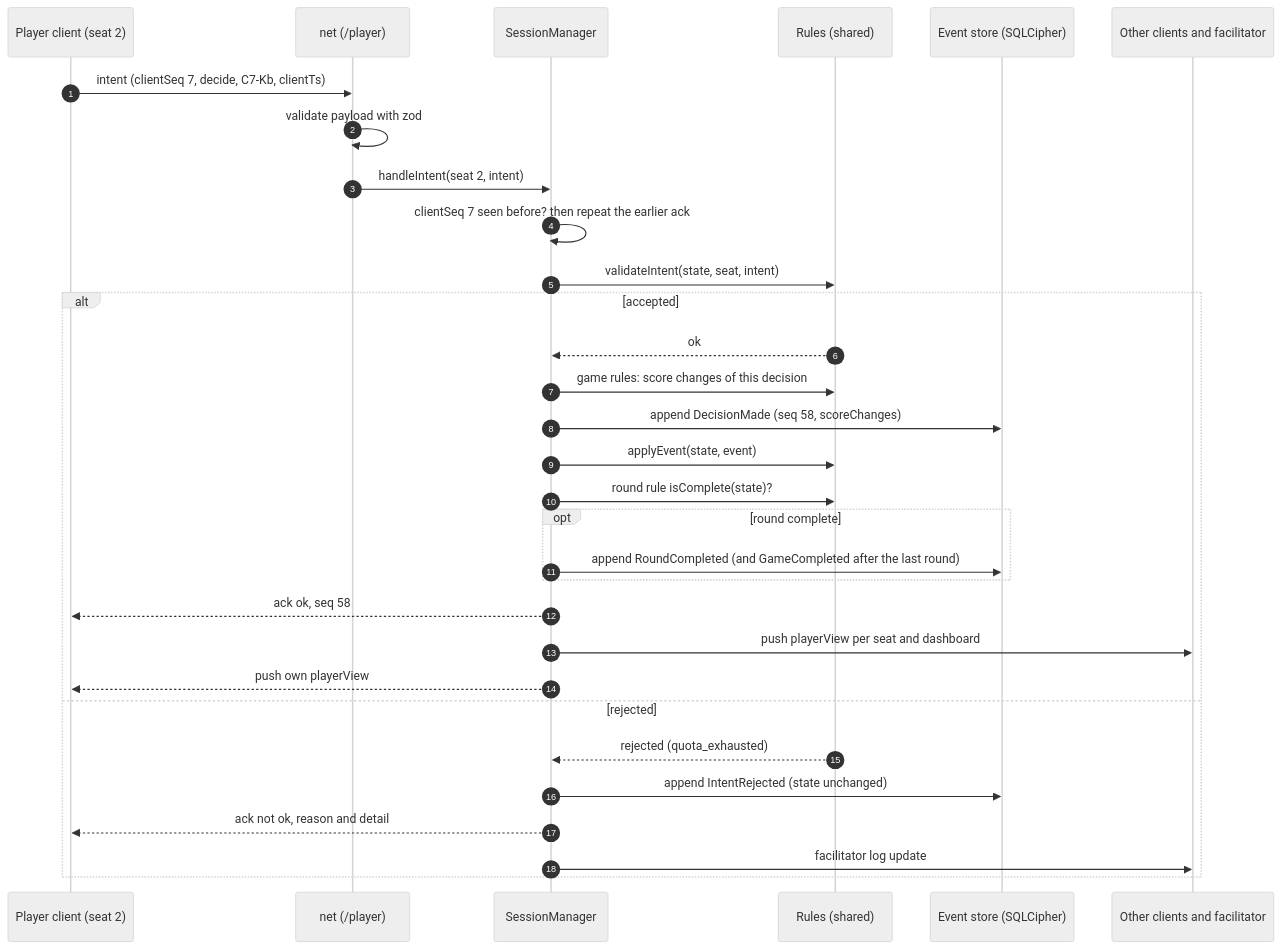
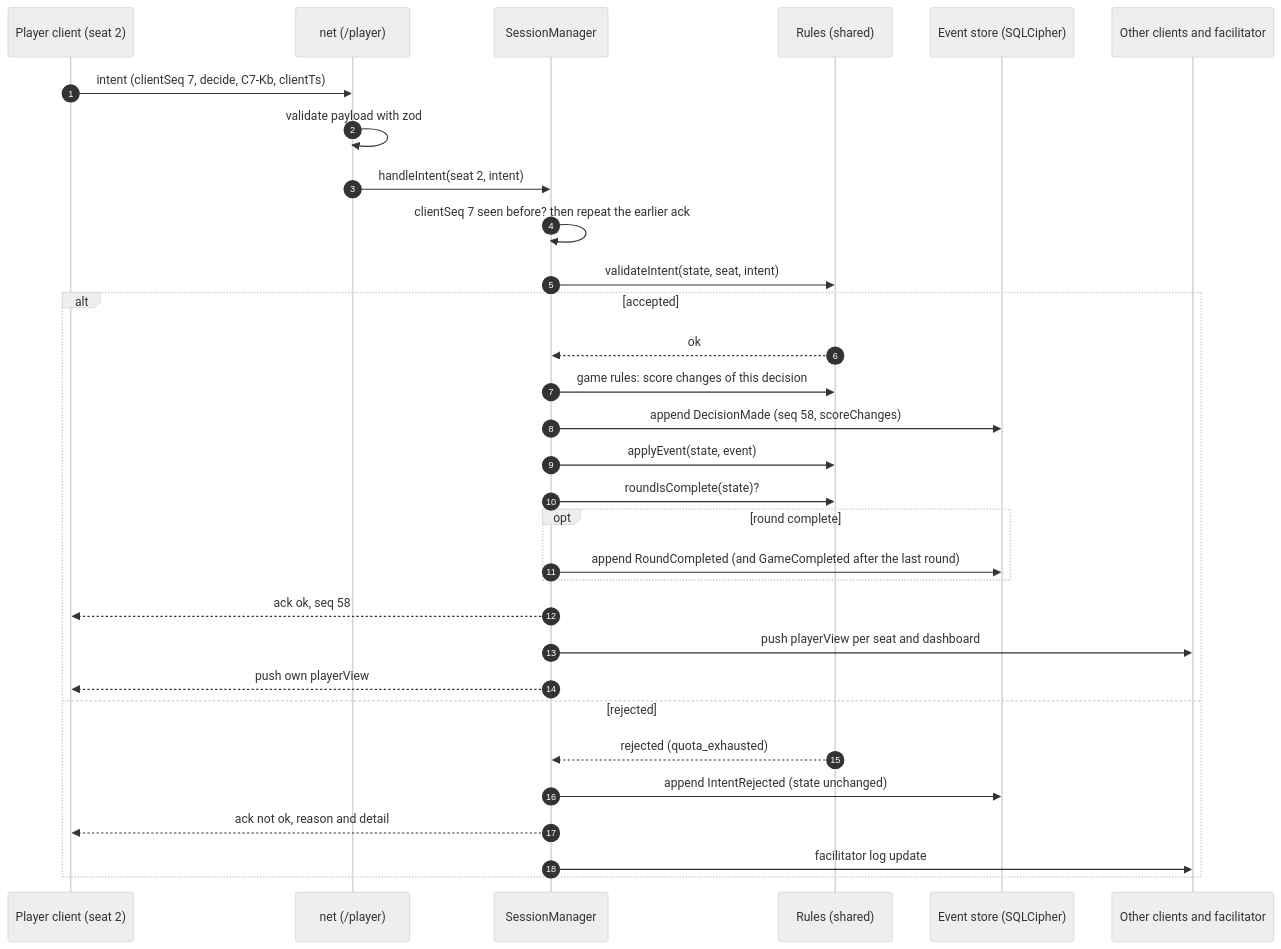
Before and after one commit to xy-zak/WhoKnowsWhoActs: the third of 9 diagrams in docs/ARCHITECTURE.md, drawn with Mermaid (neutral theme). The commit also changed other lines of this file and 2 other files, not shown here.

Commit message:
Docs: round rules are two functions, standardRules is a plain object, audio REST shapes are types (wave 1 drift)

````diff
--- a/docs/ARCHITECTURE.md
+++ b/docs/ARCHITECTURE.md
@@ -218,33 +218,33 @@
 ```mermaid
 sequenceDiagram
   autonumber
   participant P as Player client (seat 2)
   participant N as net (/player)
   participant SM as SessionManager
   participant R as Rules (shared)
   participant DB as Event store (SQLCipher)
   participant O as Other clients and facilitator
   P->>N: intent (clientSeq 7, decide, C7-Kb, clientTs)
   N->>N: validate payload with zod
   N->>SM: handleIntent(seat 2, intent)
   SM->>SM: clientSeq 7 seen before? then repeat the earlier ack
   SM->>R: validateIntent(state, seat, intent)
   alt accepted
     R-->>SM: ok
     SM->>R: game rules: score changes of this decision
     SM->>DB: append DecisionMade (seq 58, scoreChanges)
     SM->>R: applyEvent(state, event)
-    SM->>R: round rule isComplete(state)?
+    SM->>R: roundIsComplete(state)?
     opt round complete
       SM->>DB: append RoundCompleted (and GameCompleted after the last round)
     end
     SM-->>P: ack ok, seq 58
     SM->>O: push playerView per seat and dashboard
     SM-->>P: push own playerView
   else rejected
     R-->>SM: rejected (quota_exhausted)
     SM->>DB: append IntentRejected (state unchanged)
     SM-->>P: ack not ok, reason and detail
     SM->>O: facilitator log update
   end
 ```
````
